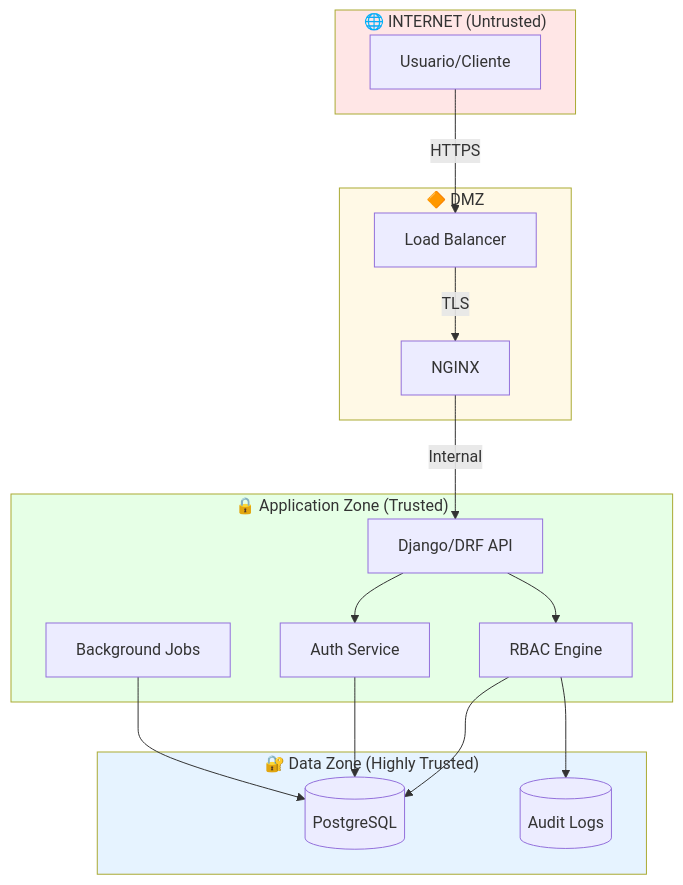
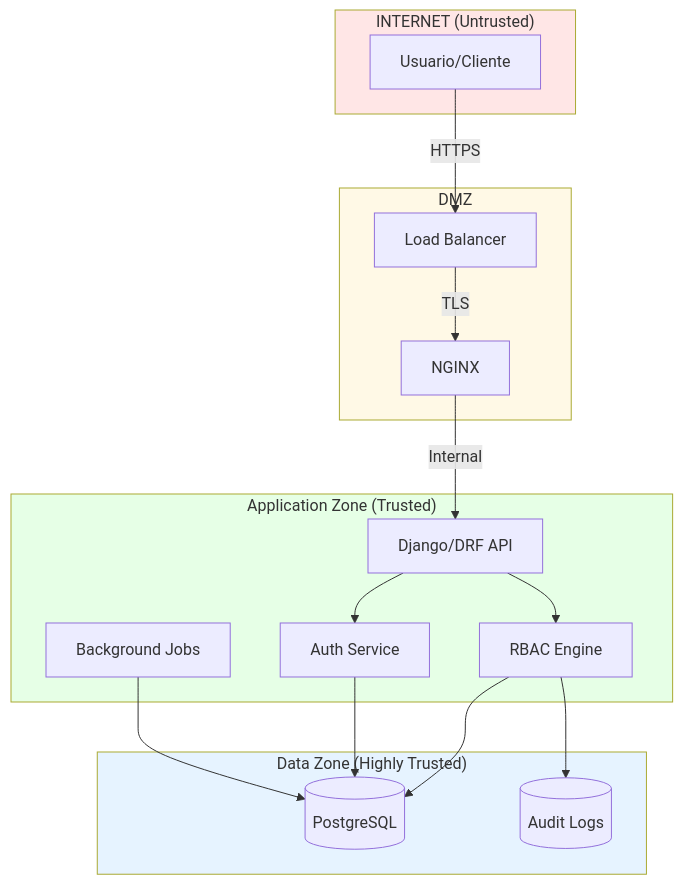
One commit to jcg-admin/IACT changed the third of 10 diagrams in docs/implementacion/backend/seguridad/ANALISIS_SEGURIDAD_AMENAZAS.md. Above: the diagram before and after it, drawn with Mermaid. The commit also changed other lines of this file and 11 other files, not shown here.

````diff
--- a/docs/implementacion/backend/seguridad/ANALISIS_SEGURIDAD_AMENAZAS.md
+++ b/docs/implementacion/backend/seguridad/ANALISIS_SEGURIDAD_AMENAZAS.md
@@ -145,38 +145,38 @@
 ```mermaid
 flowchart TB
-    subgraph Internet["🌐 INTERNET (Untrusted)"]
+    subgraph Internet["INTERNET (Untrusted)"]
         U[Usuario/Cliente]
     end
 
-    subgraph DMZ["🔶 DMZ"]
+    subgraph DMZ["DMZ"]
         LB[Load Balancer]
         NGINX[NGINX]
     end
 
-    subgraph AppZone["🔒 Application Zone (Trusted)"]
+    subgraph AppZone["Application Zone (Trusted)"]
         API[Django/DRF API]
         Auth[Auth Service]
         RBAC[RBAC Engine]
         Jobs[Background Jobs]
     end
 
-    subgraph DataZone["🔐 Data Zone (Highly Trusted)"]
+    subgraph DataZone["Data Zone (Highly Trusted)"]
         DB[(PostgreSQL)]
         Audit[(Audit Logs)]
     end
 
     U -->|HTTPS| LB
     LB -->|TLS| NGINX
     NGINX -->|Internal| API
     API --> Auth
     API --> RBAC
     Jobs --> DB
     Auth --> DB
     RBAC --> DB
     RBAC --> Audit
 
     style Internet fill:#FFE6E6
     style DMZ fill:#FFF9E6
     style AppZone fill:#E6FFE6
     style DataZone fill:#E6F3FF
 ```
````
